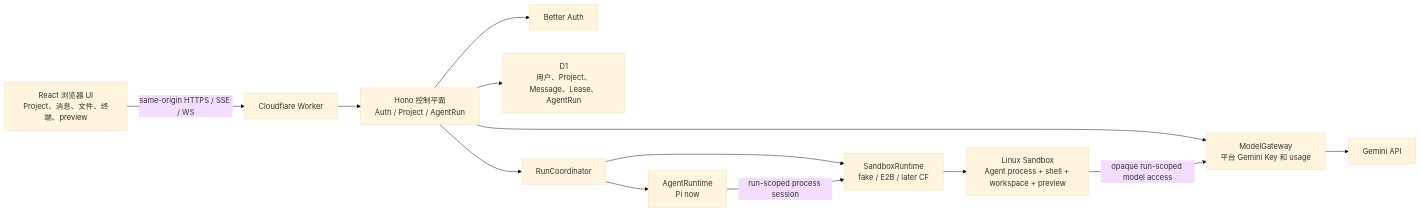
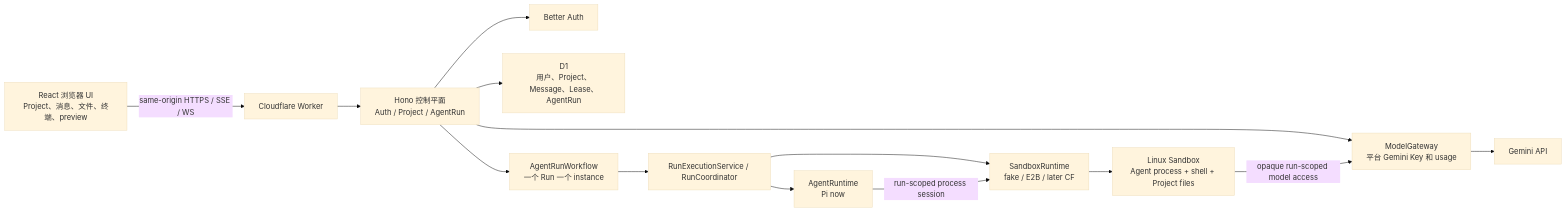
The first of 2 diagrams in docs/architecture/01-system-overview.md (DeyunMa/agent-online), drawn with Mermaid (base theme) before and after one commit. The commit also changed other lines of this file and 69 other files, not shown here.

First line of the commit message:
feat(platform): complete D2 agent execution loop

````diff
--- a/docs/architecture/01-system-overview.md
+++ b/docs/architecture/01-system-overview.md
@@ -16,15 +16,16 @@
 ```mermaid
 flowchart LR
     UI["React 浏览器 UI\nProject、消息、文件、终端、preview"] -->|"same-origin HTTPS / SSE / WS"| W["Cloudflare Worker"]
     W --> H["Hono 控制平面\nAuth / Project / AgentRun"]
     H --> BA["Better Auth"]
     H --> D1["D1\n用户、Project、Message、Lease、AgentRun"]
     H --> MG["ModelGateway\n平台 Gemini Key 和 usage"]
-    H --> RC["RunCoordinator"]
+    H --> WF["AgentRunWorkflow\n一个 Run 一个 instance"]
+    WF --> RC["RunExecutionService / RunCoordinator"]
     RC --> AR["AgentRuntime\nPi now"]
     RC --> SR["SandboxRuntime\nfake / E2B / later CF"]
     AR -->|"run-scoped process session"| SR
-    SR --> SB["Linux Sandbox\nAgent process + shell + workspace + preview"]
+    SR --> SB["Linux Sandbox\nAgent process + shell + Project files"]
     SB -->|"opaque run-scoped model access"| MG
     MG --> GM["Gemini API"]
 ```
````
